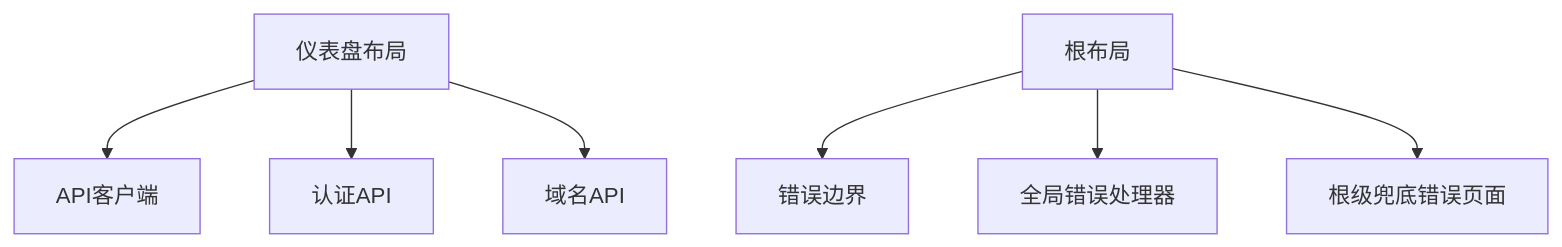
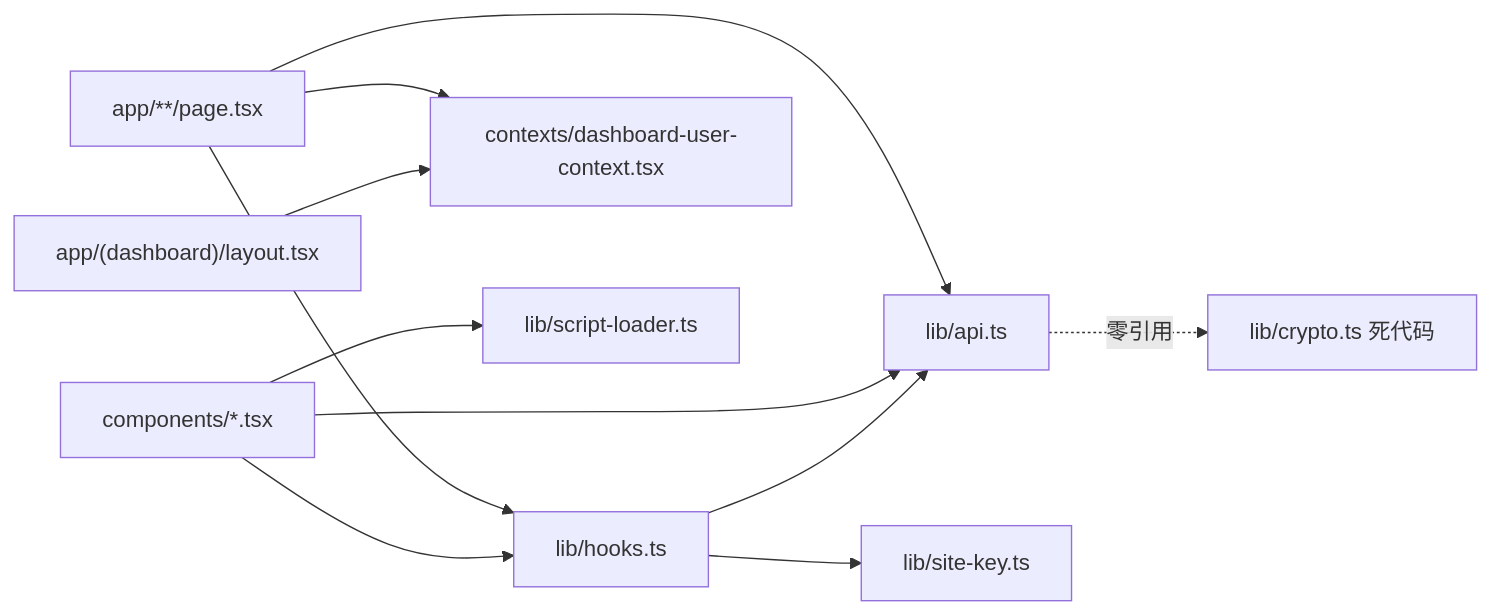
The seventh of 7 diagrams in docs/前端开发指南/状态管理与API调用.md (x01n/dnsplane), drawn with Mermaid before and after one commit. The commit also changed other lines of this file and 326 other files, not shown here.

````diff
--- a/docs/前端开发指南/状态管理与API调用.md
+++ b/docs/前端开发指南/状态管理与API调用.md
@@ -298,9 +616,13 @@
 ```mermaid
-graph TB
-DL["仪表盘布局"] --> API["API客户端"]
-DL --> AUTH["认证API"]
-DL --> DOMAIN["域名API"]
-L["根布局"] --> EB["错误边界"]
-L --> GEH["全局错误处理器"]
-L --> GEP["根级兜底错误页面"]
+graph LR
+PAGES["app/**/page.tsx"] --> API["lib/api.ts"]
+COMPS["components/*.tsx"] --> API
+HOOKS["lib/hooks.ts"] --> API
+PAGES --> HOOKS
+COMPS --> HOOKS
+PAGES --> CTX["contexts/dashboard-user-context.tsx"]
+LAYOUT["app/(dashboard)/layout.tsx"] --> CTX
+HOOKS --> SITEKEY["lib/site-key.ts"]
+COMPS --> SCRIPT["lib/script-loader.ts"]
+API -.零引用.-> DEAD["lib/crypto.ts 死代码"]
 ```
````
